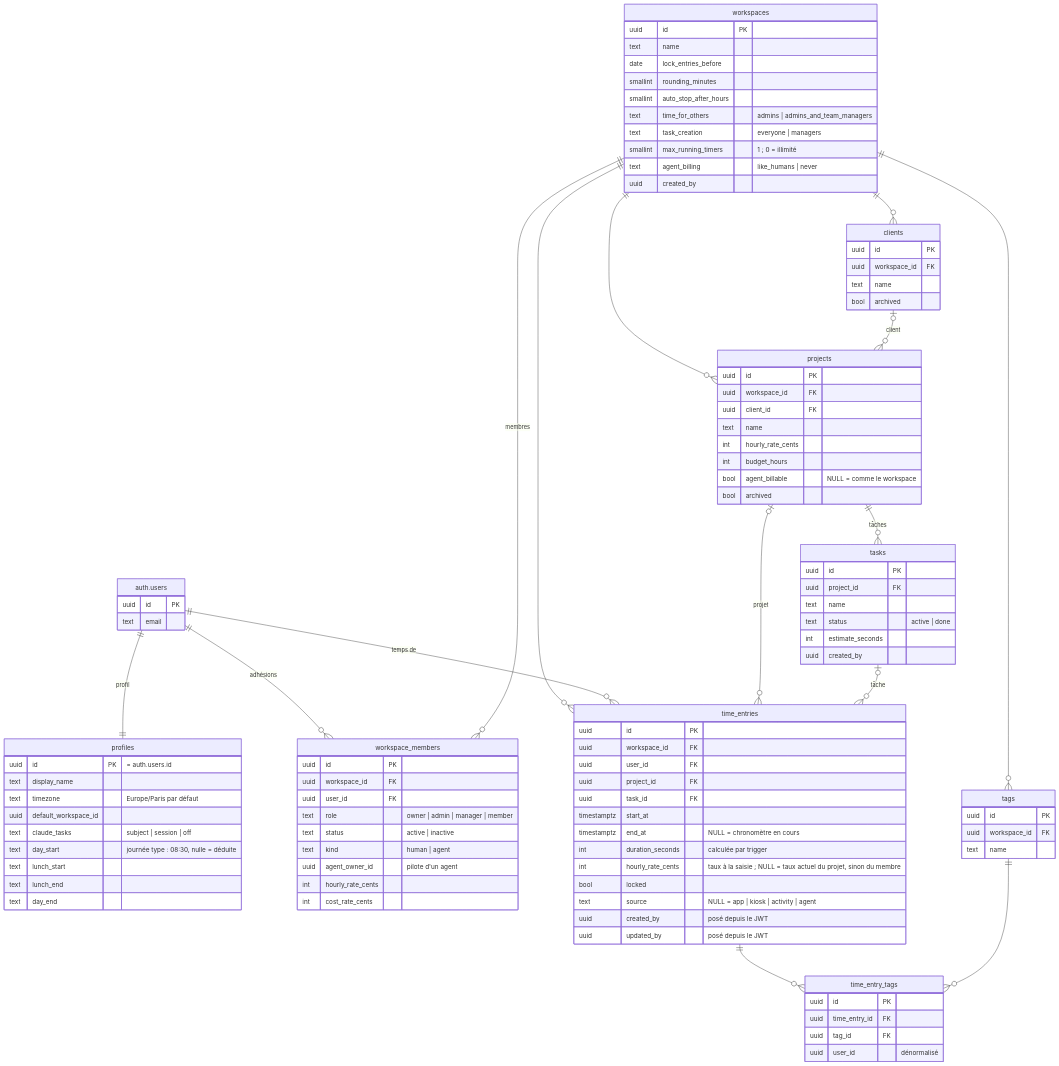
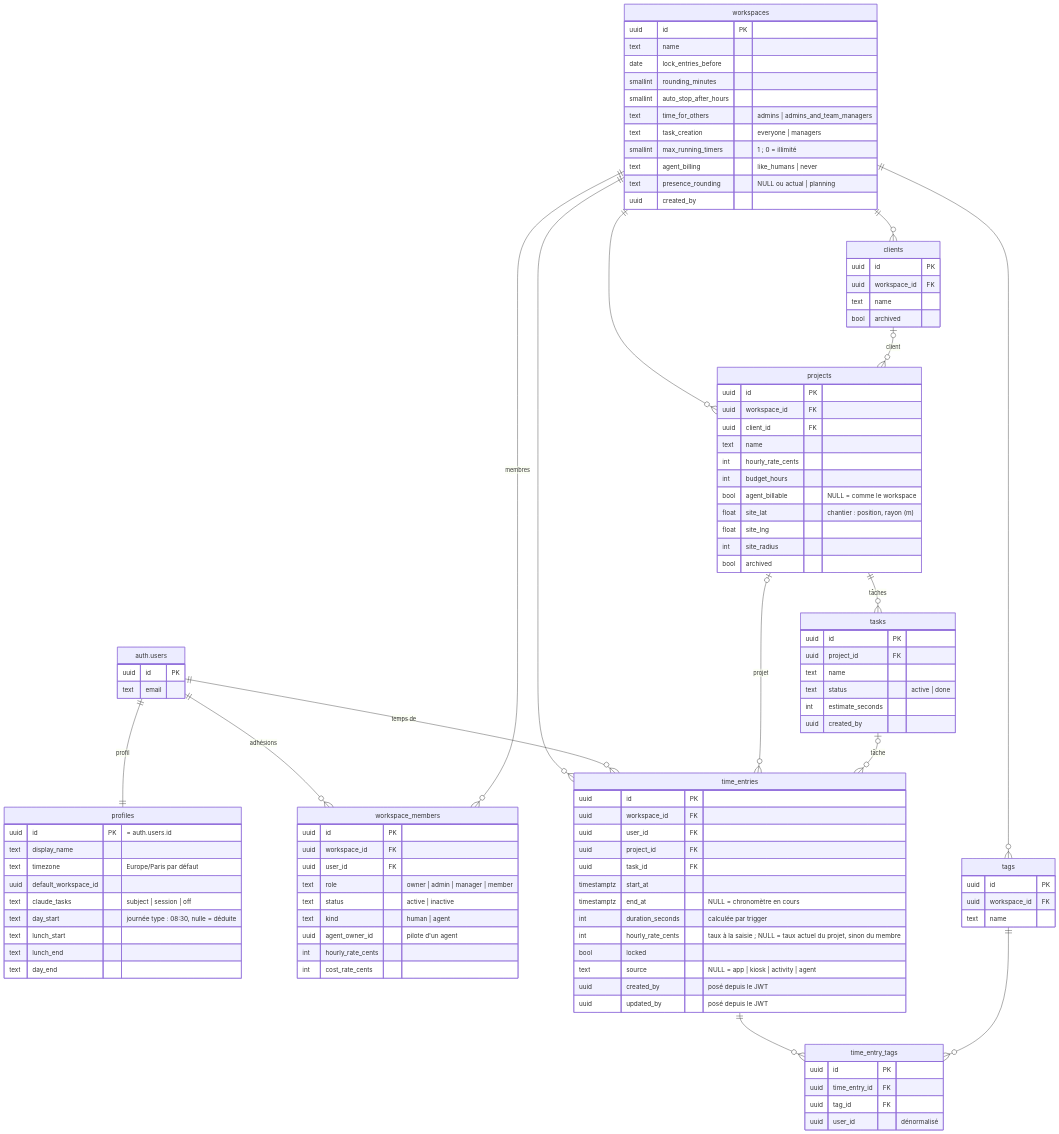
One commit to ysimonx/Clockifai changed the first of 3 diagrams in docs/architecture/donnees.md. Above: the diagram before and after it, drawn with Mermaid. The commit also changed other lines of this file and 33 other files, not shown here.

```diff
--- a/docs/architecture/donnees.md
+++ b/docs/architecture/donnees.md
@@ -62,6 +62,7 @@
     text task_creation "everyone | managers"
     smallint max_running_timers "1 ; 0 = illimité"
     text agent_billing "like_humans | never"
+    text presence_rounding "NULL ou actual | planning"
     uuid created_by
   }
   workspace_members {
@@ -89,6 +90,9 @@
     int hourly_rate_cents
     int budget_hours
     bool agent_billable "NULL = comme le workspace"
+    float site_lat "chantier : position, rayon (m)"
+    float site_lng
+    int site_radius
     bool archived
   }
   tasks {
```
